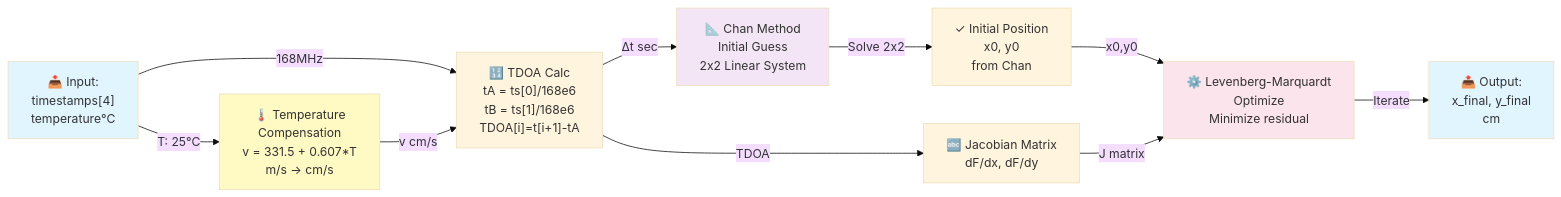
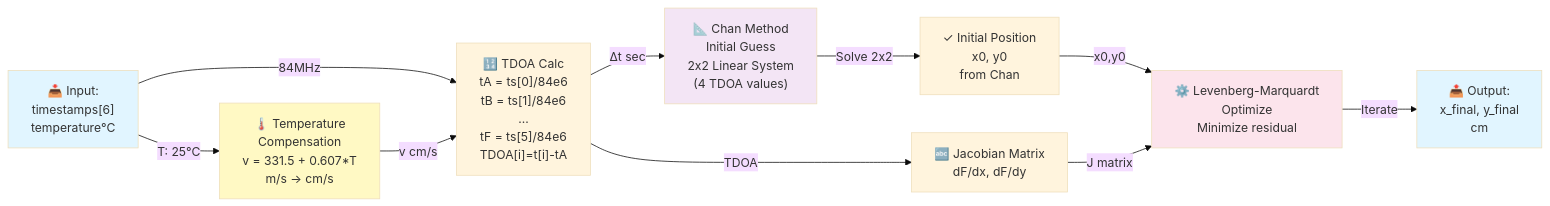
One commit to Dunghero1412/HTTDTD_v3.1 changed the fourth of 14 diagrams in docs/MERMAID.md. Above: the diagram before and after it, drawn with Mermaid (base theme). The commit also changed other lines of this file, not shown here.

Commit message:
Update MERMAID.md: 6 sensors (A-F) and 84MHz timer

````diff
--- a/docs/MERMAID.md
+++ b/docs/MERMAID.md
@@ -179,37 +179,37 @@
 ```mermaid
 graph LR
-    INPUT["📥 Input:<br/>timestamps[4]<br/>temperature°C"]
+    INPUT["📥 Input:<br/>timestamps[6]<br/>temperature°C"]
     
     TEMP["🌡️ Temperature<br/>Compensation<br/>v = 331.5 + 0.607*T<br/>m/s → cm/s"]
     
-    TDOA_CAL["🔢 TDOA Calc<br/>tA = ts[0]/168e6<br/>tB = ts[1]/168e6<br/>TDOA[i]=t[i+1]-tA"]
+    TDOA_CAL["🔢 TDOA Calc<br/>tA = ts[0]/84e6<br/>tB = ts[1]/84e6<br/>...<br/>tF = ts[5]/84e6<br/>TDOA[i]=t[i]-tA"]
     
-    CHAN["📐 Chan Method<br/>Initial Guess<br/>2x2 Linear System"]
+    CHAN["📐 Chan Method<br/>Initial Guess<br/>2x2 Linear System<br/>(4 TDOA values)"]
     
     INIT_POS["✓ Initial Position<br/>x0, y0<br/>from Chan"]
     
     JACOBIAN["🔤 Jacobian Matrix<br/>dF/dx, dF/dy"]
     
     LM["⚙️ Levenberg-Marquardt<br/>Optimize<br/>Minimize residual"]
     
     OUTPUT["📤 Output:<br/>x_final, y_final<br/>cm"]
     
     INPUT -->|"T: 25°C"| TEMP
-    INPUT -->|"168MHz"| TDOA_CAL
+    INPUT -->|"84MHz"| TDOA_CAL
     
     TEMP -->|"v cm/s"| TDOA_CAL
     TDOA_CAL -->|"Δt sec"| CHAN
     CHAN -->|"Solve 2x2"| INIT_POS
     
     INIT_POS -->|"x0,y0"| LM
     TDOA_CAL -->|"TDOA"| JACOBIAN
     JACOBIAN -->|"J matrix"| LM
     
     LM -->|"Iterate"| OUTPUT
     
     style INPUT fill:#e1f5ff
     style OUTPUT fill:#e1f5ff
     style TEMP fill:#fff9c4
     style CHAN fill:#f3e5f5
     style LM fill:#fce4ec
 ```
````
